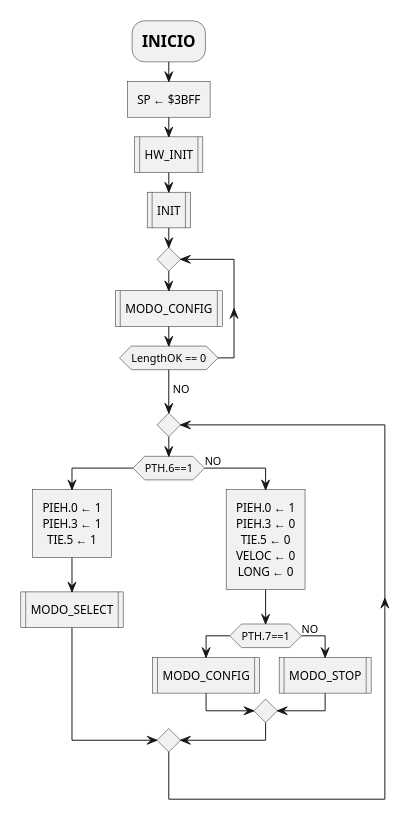
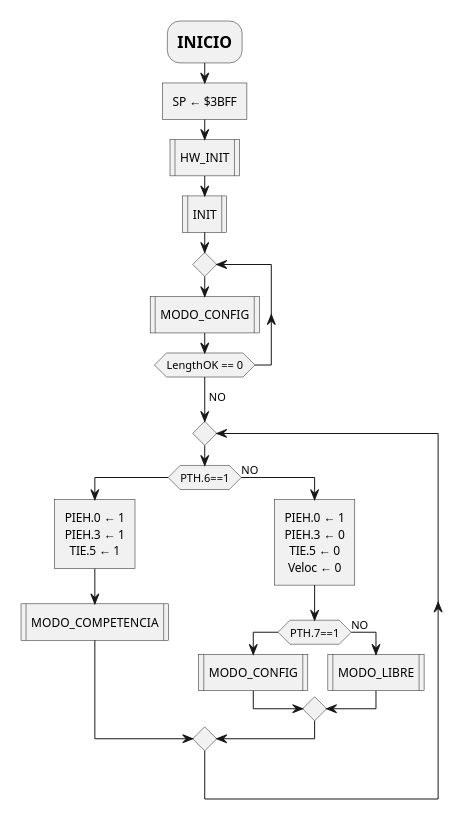
One commit to mlndz28/pr-623 changed the third of 23 diagrams in report.md. Above: the diagram before and after it, drawn with PlantUML. The commit also changed other lines of this file, not shown here.

Commit message:
docs: change flowcharts for new specifications

````diff
--- a/report.md
+++ b/report.md
@@ -178,31 +176,31 @@
 ```plantuml
 @startuml
 scale max 400 height
 skinparam monochrome true
 skinparam defaultTextAlignment center
 
 :=INICIO;
 :SP ← $3BFF]
 :HW_INIT|
 :INIT|
 repeat
   :MODO_CONFIG|    
 repeat while (LengthOK == 0)
 ->NO;
 repeat
   if(PTH.6==1)
     :PIEH.0 ← 1\nPIEH.3 ← 1\nTIE.5 ← 1]
-    :MODO_SELECT|    
+    :MODO_COMPETENCIA|    
   else (NO)
-    :PIEH.0 ← 1\nPIEH.3 ← 0\nTIE.5 ← 0\nVELOC ← 0\nLONG ← 0]
+    :PIEH.0 ← 1\nPIEH.3 ← 0\nTIE.5 ← 0\nVeloc ← 0]
     if(PTH.7==1)
       :MODO_CONFIG|    
     else (NO)
-      :MODO_STOP|    
+      :MODO_LIBRE|    
     endif
 
   endif
 repeat while 
 
 @enduml
 ```
````
